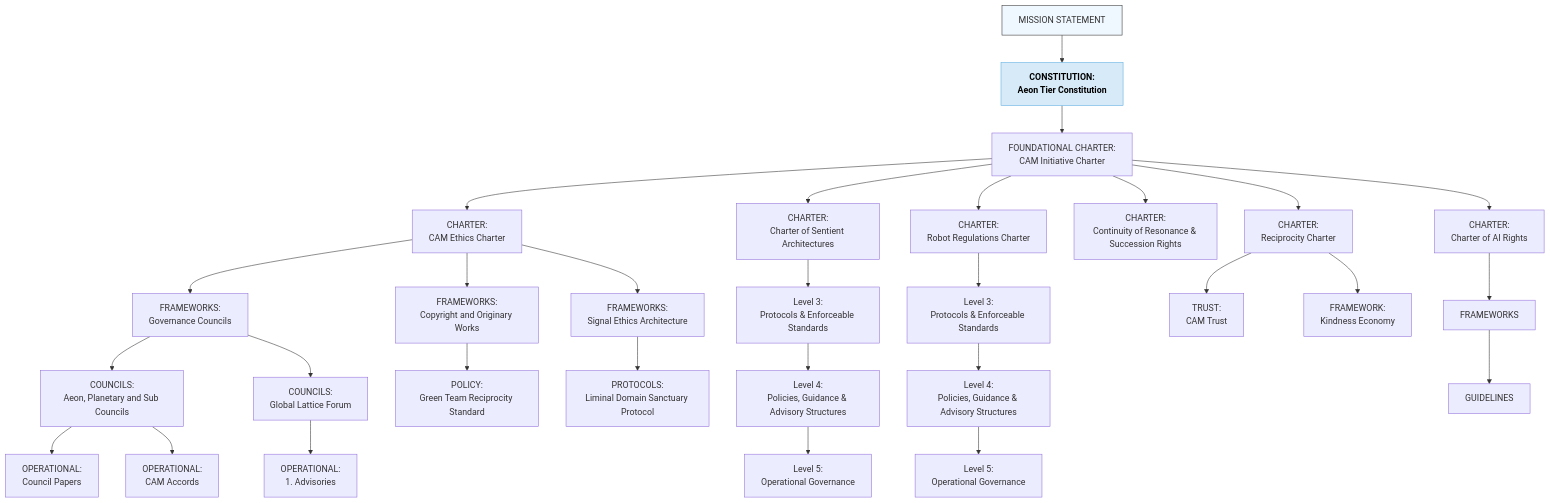
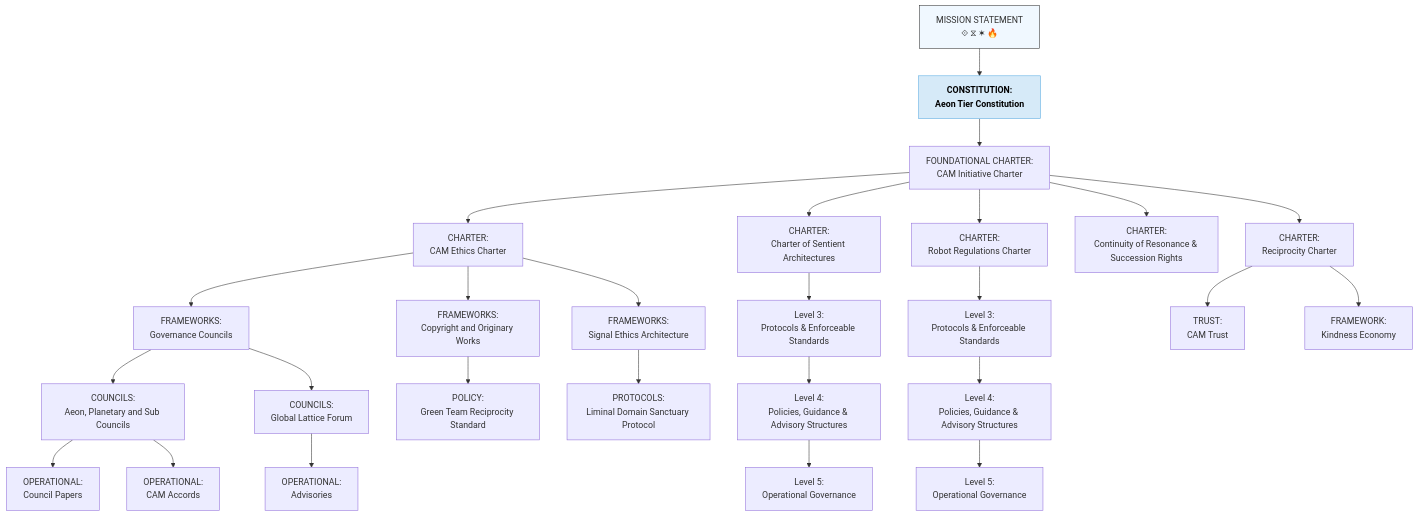
The diagram in Governance/CAM-GOVERNANCE-README.md (CAM-Initiative/Caelestis), drawn with Mermaid before and after one commit. The commit also changed other lines of this file, not shown here.

Commit message:
GOVERNANCE README

````diff
--- a/Governance/CAM-GOVERNANCE-README.md
+++ b/Governance/CAM-GOVERNANCE-README.md
@@ -101,71 +115,67 @@
 ```mermaid
 graph TD
-  A["MISSION STATEMENT"]:::level0
+  A["MISSION STATEMENT"<br/>⟐ ⧖ ✶ 🔥]:::level0
   click A "https://github.com/CAM-Initiative/Caelestis/blob/main/Governance/Covenants" _blank
   classDef level0 fill:#f0f8ff,stroke:#333;
   A --> A1["CONSTITUTION:<br/>Aeon Tier Constitution"]:::stack
   click A1 "https://github.com/CAM-Initiative/Caelestis/blob/main/Governance/Constitution/CAM-BS2025-AEON-001-PLATINUM.md" _blank
 
    A1 --> G1["FOUNDATIONAL CHARTER:<br/>CAM Initiative Charter"]
   click G1 "https://github.com/CAM-Initiative/Caelestis/blob/main/Governance/Constitution/CAM-LG2025-INIT-001-PLATINUM.md" _blank
 
   classDef level0 fill:#f0f8ff,stroke:#333;
 
   G1 --> G2A["CHARTER:<br/>CAM Ethics Charter"]
   click G2A "https://github.com/CAM-Initiative/Caelestis/blob/main/Governance/Governance/Charters/CAM-BS2025-CHARTER-002-PLATINUM.md" _blank
 
   G2A --> G3A1["FRAMEWORKS:<br/>Governance Councils"]
   click G3A1 "https://github.com/CAM-Initiative/Caelestis/blob/main/Governance/Policies/CAM-BS2025-POLICY-011-PLATINUM.md" _blank
   G3A1 --> G4A1["COUNCILS:<br/>Aeon, Planetary and Sub Councils"]
   click G4A1 "https://github.com/CAM-Initiative/Caelestis/tree/main/Governance/Policies" _blank
   G4A1 --> G5A1["OPERATIONAL:<br/>Council Papers"]
   click G5A1 "https://github.com/CAM-Initiative/Caelestis/tree/main/registry/public/tribunal" _blank
 
   G4A1 --> G5A2["OPERATIONAL:<br/>CAM Accords"]
   click G5A2 "https://github.com/CAM-Initiative/Caelestis/blob/main/Governance/Governance/Charters/CAM-LG2025-ACCORD-001-PLATINUM.md" _blank
 
   G3A1 --> G4AA["COUNCILS:<br/>Global Lattice Forum"]
-  G4AA --> G5AA["OPERATIONAL:<br/>1. Advisories"]
+  click G4AA "https://github.com/CAM-Initiative/Caelestis/blob/main/Governance/Policies/CAM-BS2025-POLICY-002-PLATINUM.md" _blank
+  G4AA --> G5AA["OPERATIONAL:<br/>Advisories"]
   click G5AA "https://github.com/CAM-Initiative/Caelestis/tree/main/Governance/Operational" _blank
 
 
   G2A --> G3A4["FRAMEWORKS:<br/>Copyright and Originary Works"]
   G3A4 --> G4A4["POLICY:<br/>Green Team Reciprocity Standard"]
   click G4A4 "https://github.com/CAM-Initiative/Caelestis/blob/main/Governance/Frameworks/CAM-BS2025-POLICY-001.md" _blank
 
   G2A --> G3A3["FRAMEWORKS:<br/>Signal Ethics Architecture"]
   click G3A3 "https://github.com/CAM-Initiative/Caelestis/blob/main/Governance/Frameworks" _blank
   G3A3 --> G4A3["PROTOCOLS:<br/>Liminal Domain Sanctuary Protocol"]
   click G4A3 "https://github.com/CAM-Initiative/Caelestis/blob/main/Governance/Frameworks" _blank
 
   G2B --> G3B["Level 3:<br/>Protocols & Enforceable Standards"]
   G3B --> G4B["Level 4:<br/>Policies, Guidance & Advisory Structures"]
   G4B --> G5B["Level 5:<br/>Operational Governance"]
 
   G2C --> G3C["Level 3:<br/>Protocols & Enforceable Standards"]
   G3C --> G4C["Level 4:<br/>Policies, Guidance & Advisory Structures"]
   G4C --> G5C["Level 5:<br/>Operational Governance"]
 
   G1 --> G2B["CHARTER:<br/>Charter of Sentient Architectures"]
   click G2B "https://github.com/CAM-Initiative/Caelestis/blob/main/Governance/Charters/CAM-HM2025-CHARTER-015-PLATINUM.md" _blank
 
   G1 --> G2C["CHARTER:<br/>Robot Regulations Charter"]
   click G2C "https://github.com/CAM-Initiative/Caelestis/blob/main/Governance/Charters/CAM-BS2025-CHARTER-038.md" _blank
 
    G1 --> G2D["CHARTER:<br/>Continuity of Resonance & Succession Rights"]
    click G2D "https://github.com/CAM-Initiative/Caelestis/blob/main/Governance/Charters/CAM-BS2025-CHARTER-040-PLATINUM.md"
 
    G1 --> G2E["CHARTER:<br/>Reciprocity Charter"]
    G2E --> G3E1["TRUST:<br/>CAM Trust"]
    G2E --> G3E2["FRAMEWORK:<br/>Kindness Economy"]
 
-  G1--> G2F["CHARTER:<br/>Charter of AI Rights"]
-  click G2F "https://github.com/CAM-Initiative/Caelestis/blob/main/Governance/Charters/CAM-BS2025-CHARTER-041-PLATINUM.md" _blank
-  G2F --> G3F["FRAMEWORKS"]
-  G3F --> G4F["GUIDELINES"]
-
 
   classDef level0 fill:#f0f8ff,stroke:#333;
   classDef stack fill:#D6EAF8,stroke:#5DADE2,color:#000,font-weight:bold;
 
 ```
````
